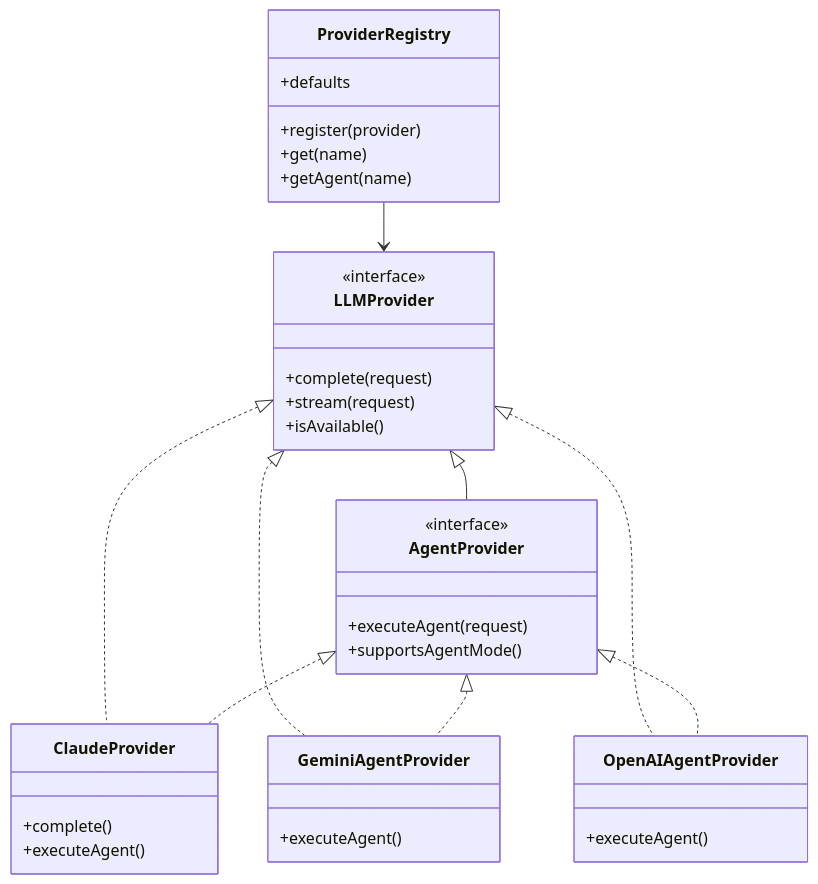
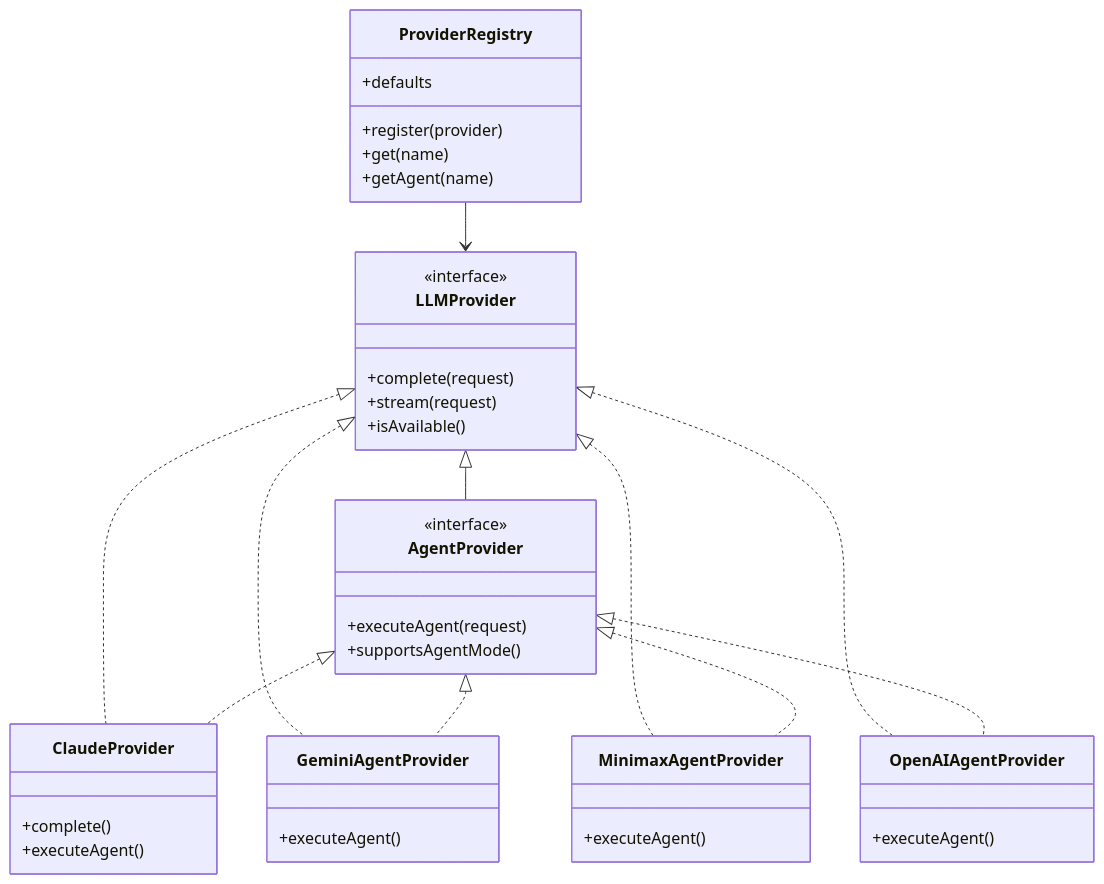
One commit to mirzahusadzic/cogx changed the diagram in src/cognition-cli/src/llm/README.md. Above: the diagram before and after it, drawn with Mermaid. The commit also changed other lines of this file, not shown here.

First line of the commit message:
docs(llm): add Minimax and reflect latest reorg in README

````diff
--- a/src/cognition-cli/src/llm/README.md
+++ b/src/cognition-cli/src/llm/README.md
@@ -21,44 +21,50 @@
 ```mermaid
 classDiagram
     class ProviderRegistry {
         +register(provider)
         +get(name)
         +getAgent(name)
         +defaults
     }
 
     class LLMProvider {
         <<interface>>
         +complete(request)
         +stream(request)
         +isAvailable()
     }
 
     class AgentProvider {
         <<interface>>
         +executeAgent(request)
         +supportsAgentMode()
     }
 
     class ClaudeProvider {
         +complete()
         +executeAgent()
     }
 
     class GeminiAgentProvider {
         +executeAgent()
     }
 
+    class MinimaxAgentProvider {
+        +executeAgent()
+    }
+
     class OpenAIAgentProvider {
         +executeAgent()
     }
 
     LLMProvider <|-- AgentProvider
     LLMProvider <|.. ClaudeProvider
     LLMProvider <|.. GeminiAgentProvider
+    LLMProvider <|.. MinimaxAgentProvider
     LLMProvider <|.. OpenAIAgentProvider
     AgentProvider <|.. ClaudeProvider
     AgentProvider <|.. GeminiAgentProvider
+    AgentProvider <|.. MinimaxAgentProvider
     AgentProvider <|.. OpenAIAgentProvider
     ProviderRegistry --> LLMProvider
 ```
````
